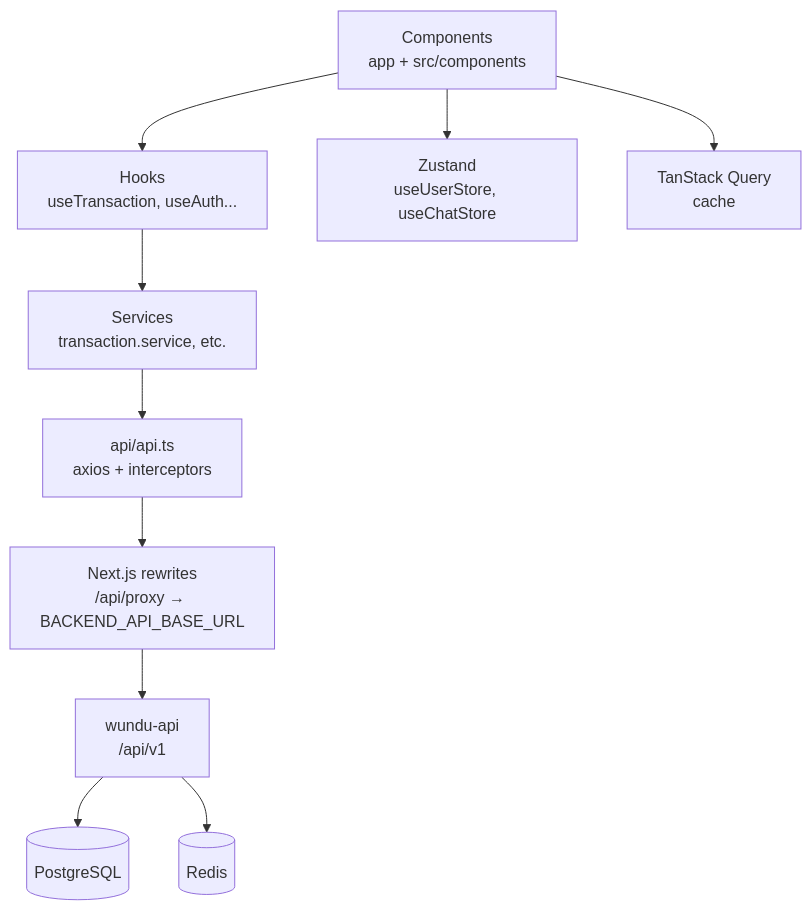
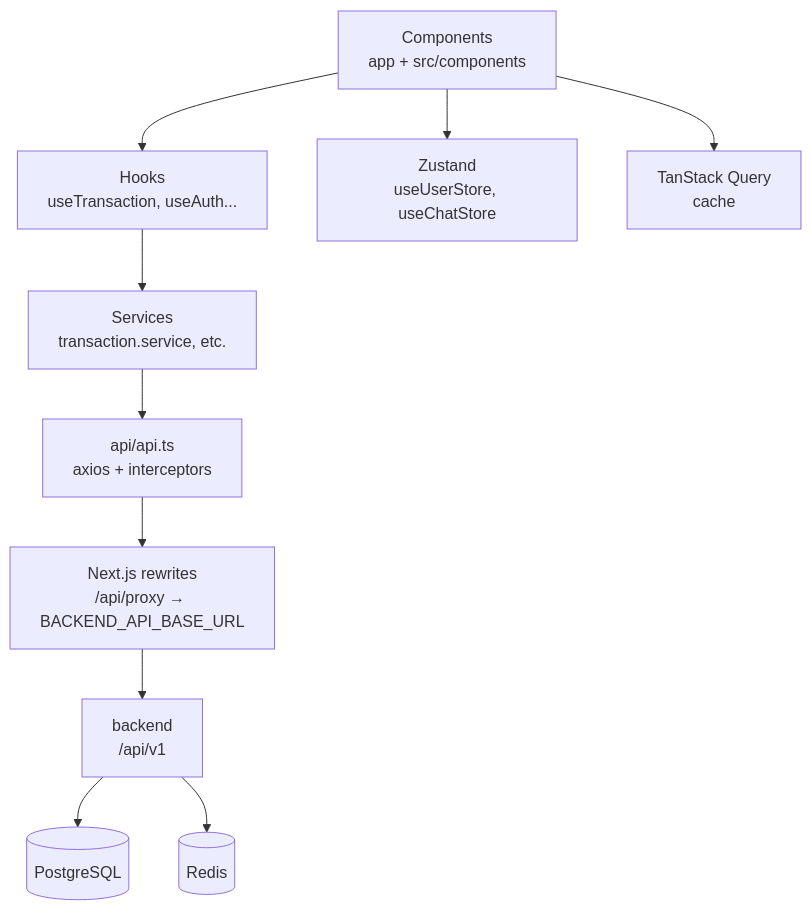
The diagram in docs/arquitectura.md (WUNDU/wundu-web), drawn with Mermaid before and after one commit. The commit also changed other lines of this file and 7 other files, not shown here.

````diff
--- a/docs/arquitectura.md
+++ b/docs/arquitectura.md
@@ -8,12 +8,12 @@
 ```mermaid
 flowchart TD
   UI[Components<br/>app + src/components] --> HOOKS[Hooks<br/>useTransaction, useAuth...]
   HOOKS --> SERVICES[Services<br/>transaction.service, etc.]
   SERVICES --> API[api/api.ts<br/>axios + interceptors]
   API --> PROXY[Next.js rewrites<br/>/api/proxy → BACKEND_API_BASE_URL]
-  PROXY --> BACKEND[wundu-api<br/>/api/v1]
+  PROXY --> BACKEND[backend<br/>/api/v1]
   BACKEND --> DB[(PostgreSQL)]
   BACKEND --> REDIS[(Redis)]
   UI --> STORE[Zustand<br/>useUserStore, useChatStore]
   UI --> QUERY[TanStack Query<br/>cache]
 ```
````
